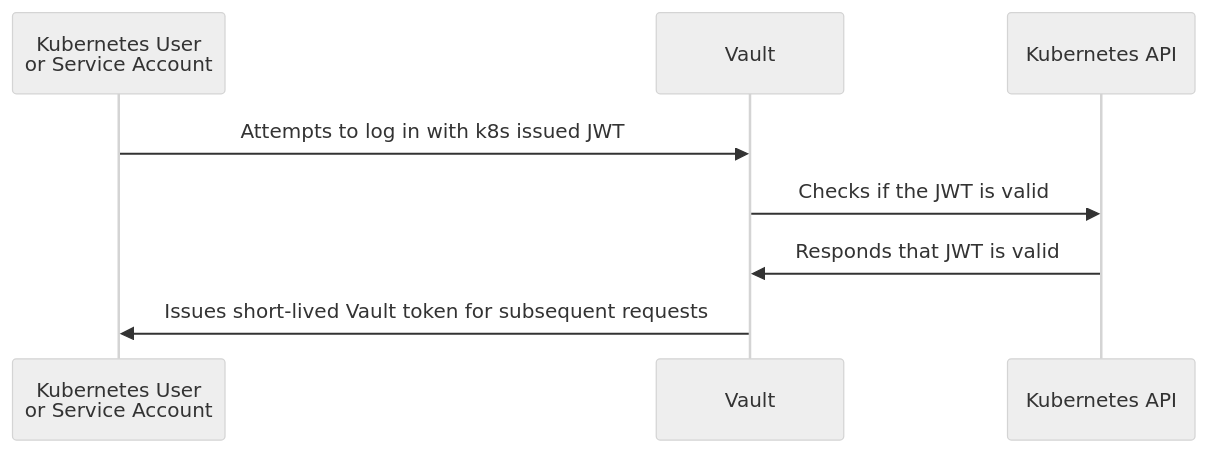
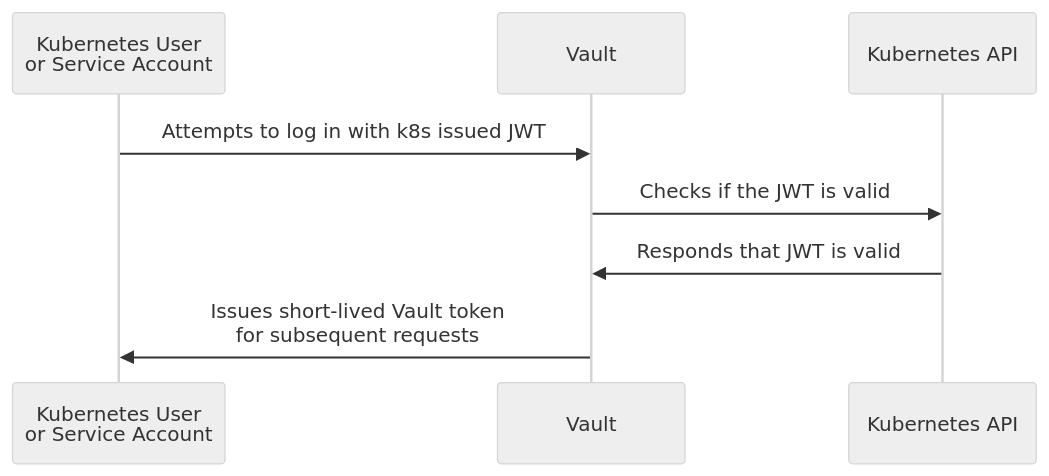
Before and after one commit to hello-world-vault/.github: the diagram in vault-101.md, drawn with Mermaid (neutral theme).

Commit message:
Attempt inserting line break in diagram action

````diff
--- a/vault-101.md
+++ b/vault-101.md
@@ -64,11 +64,11 @@
 ```mermaid
 sequenceDiagram
     participant User as Kubernetes User<br />or Service Account
     participant Vault
     participant K8s as Kubernetes API
 
     User->>Vault: Attempts to log in with k8s issued JWT
     Vault->>K8s: Checks if the JWT is valid
     K8s->>Vault: Responds that JWT is valid
-    Vault->>User: Issues short-lived Vault token for subsequent requests
+    Vault->>User: Issues short-lived Vault token<br />for subsequent requests
 ```
````
